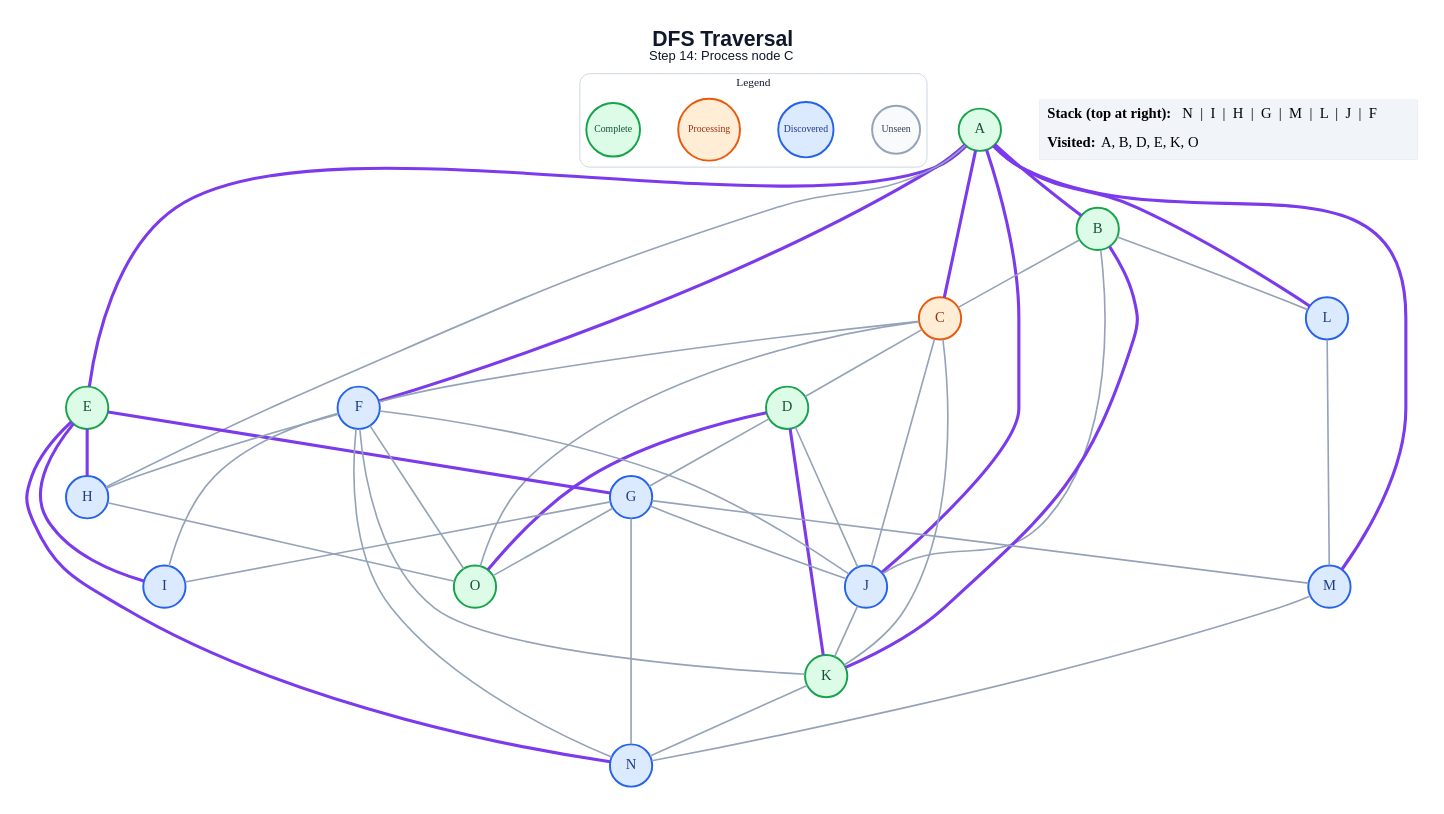
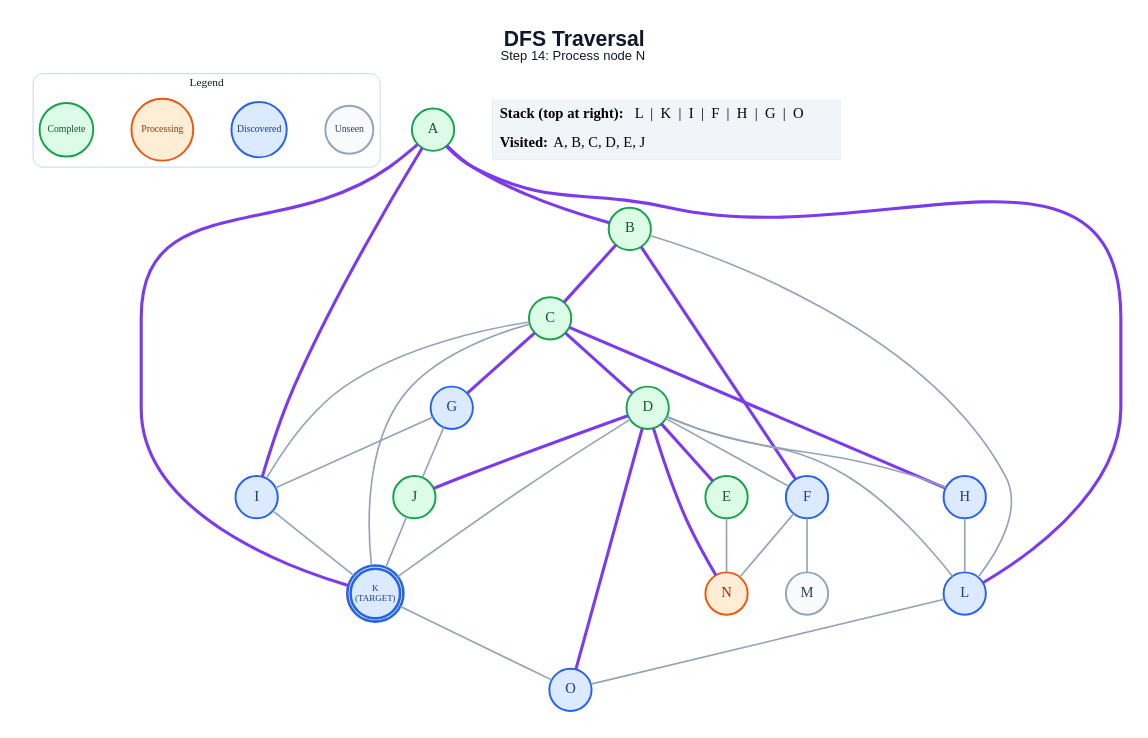
The diagram in generated/specific-node/dfs/step_14.dot (anon7238593-create/ai-slop), drawn with Graphviz before and after one commit. The commit also changed 268 other files, not shown here.

```diff
--- a/generated/specific-node/dfs/step_14.dot
+++ b/generated/specific-node/dfs/step_14.dot
@@ -1,75 +1,64 @@
 graph traversal {
   graph [layout=dot, rankdir=TB, bgcolor="#FFFFFF", pad="0.35", nodesep="0.65", ranksep="0.8", fontname="Arial"];
   node [shape=circle, style="filled", fontname="Arial Bold", fontsize=18, width=0.72, fixedsize=true, penwidth=2.4];
   edge [color="#94A3B8", penwidth=2.0];
-  label=<<B>DFS Traversal</B><BR/><FONT POINT-SIZE="16">Step 14: Process node C</FONT>>; labelloc="t"; fontsize=26; fontname="Arial"; fontcolor="#0F172A";
+  label=<<B>DFS Traversal</B><BR/><FONT POINT-SIZE="16">Step 14: Process node N</FONT>>; labelloc="t"; fontsize=26; fontname="Arial"; fontcolor="#0F172A";
   subgraph cluster_legend { label="Legend"; color="#CBD5E1"; penwidth=1.2; style="rounded"; fontsize=14; fontname="Arial Bold";
     key_unseen [label="Unseen", fillcolor="#F8FAFC", color="#94A3B8", fontcolor="#334155", fontsize=12, width=0.82];
     key_frontier [label="Discovered", fillcolor="#DBEAFE", color="#2563EB", fontcolor="#1E3A8A", fontsize=12, width=0.95];
     key_current [label="Processing", fillcolor="#FFEDD5", color="#EA580C", fontcolor="#9A3412", fontsize=12, width=1.05];
     key_done [label="Complete", fillcolor="#DCFCE7", color="#16A34A", fontcolor="#14532D", fontsize=12, width=0.92];
     { rank=same; key_unseen; key_frontier; key_current; key_done; }
   }
-  A [fillcolor="#DCFCE7", color="#16A34A", fontcolor="#14532D"];
-  B [fillcolor="#DCFCE7", color="#16A34A", fontcolor="#14532D"];
-  C [fillcolor="#FFEDD5", color="#EA580C", fontcolor="#9A3412"];
-  D [fillcolor="#DCFCE7", color="#16A34A", fontcolor="#14532D"];
-  E [fillcolor="#DCFCE7", color="#16A34A", fontcolor="#14532D"];
-  F [fillcolor="#DBEAFE", color="#2563EB", fontcolor="#1E3A8A"];
-  G [fillcolor="#DBEAFE", color="#2563EB", fontcolor="#1E3A8A"];
-  H [fillcolor="#DBEAFE", color="#2563EB", fontcolor="#1E3A8A"];
-  I [fillcolor="#DBEAFE", color="#2563EB", fontcolor="#1E3A8A"];
-  J [fillcolor="#DBEAFE", color="#2563EB", fontcolor="#1E3A8A"];
-  K [fillcolor="#DCFCE7", color="#16A34A", fontcolor="#14532D"];
-  L [fillcolor="#DBEAFE", color="#2563EB", fontcolor="#1E3A8A"];
-  M [fillcolor="#DBEAFE", color="#2563EB", fontcolor="#1E3A8A"];
-  N [fillcolor="#DBEAFE", color="#2563EB", fontcolor="#1E3A8A"];
-  O [fillcolor="#DCFCE7", color="#16A34A", fontcolor="#14532D"];
+  A [label="A", fillcolor="#DCFCE7", color="#16A34A", fontcolor="#14532D", peripheries=1, penwidth=2.4];
+  B [label="B", fillcolor="#DCFCE7", color="#16A34A", fontcolor="#14532D", peripheries=1, penwidth=2.4];
+  C [label="C", fillcolor="#DCFCE7", color="#16A34A", fontcolor="#14532D", peripheries=1, penwidth=2.4];
+  D [label="D", fillcolor="#DCFCE7", color="#16A34A", fontcolor="#14532D", peripheries=1, penwidth=2.4];
+  E [label="E", fillcolor="#DCFCE7", color="#16A34A", fontcolor="#14532D", peripheries=1, penwidth=2.4];
+  F [label="F", fillcolor="#DBEAFE", color="#2563EB", fontcolor="#1E3A8A", peripheries=1, penwidth=2.4];
+  G [label="G", fillcolor="#DBEAFE", color="#2563EB", fontcolor="#1E3A8A", peripheries=1, penwidth=2.4];
+  H [label="H", fillcolor="#DBEAFE", color="#2563EB", fontcolor="#1E3A8A", peripheries=1, penwidth=2.4];
+  I [label="I", fillcolor="#DBEAFE", color="#2563EB", fontcolor="#1E3A8A", peripheries=1, penwidth=2.4];
+  J [label="J", fillcolor="#DCFCE7", color="#16A34A", fontcolor="#14532D", peripheries=1, penwidth=2.4];
+  K [label="K\n(TARGET)", fillcolor="#DBEAFE", color="#2563EB", fontcolor="#1E3A8A", peripheries=2, penwidth=3.2, fontsize=11, width=0.85, height=0.85];
+  L [label="L", fillcolor="#DBEAFE", color="#2563EB", fontcolor="#1E3A8A", peripheries=1, penwidth=2.4];
+  M [label="M", fillcolor="#F8FAFC", color="#94A3B8", fontcolor="#334155", peripheries=1, penwidth=2.4];
+  N [label="N", fillcolor="#FFEDD5", color="#EA580C", fontcolor="#9A3412", peripheries=1, penwidth=2.4];
+  O [label="O", fillcolor="#DBEAFE", color="#2563EB", fontcolor="#1E3A8A", peripheries=1, penwidth=2.4];
   A -- B [color="#7C3AED", penwidth=3.8];
-  A -- C [color="#7C3AED", penwidth=3.8];
-  A -- E [color="#7C3AED", penwidth=3.8];
-  A -- F [color="#7C3AED", penwidth=3.8];
-  A -- H;
-  A -- J [color="#7C3AED", penwidth=3.8];
+  A -- I [color="#7C3AED", penwidth=3.8];
+  A -- K [color="#7C3AED", penwidth=3.8];
   A -- L [color="#7C3AED", penwidth=3.8];
-  A -- M [color="#7C3AED", penwidth=3.8];
-  B -- C;
-  B -- J;
-  B -- K [color="#7C3AED", penwidth=3.8];
+  B -- C [color="#7C3AED", penwidth=3.8];
+  B -- F [color="#7C3AED", penwidth=3.8];
   B -- L;
-  C -- D;
-  C -- F;
-  C -- J;
+  C -- D [color="#7C3AED", penwidth=3.8];
+  C -- G [color="#7C3AED", penwidth=3.8];
+  C -- H [color="#7C3AED", penwidth=3.8];
+  C -- I;
   C -- K;
-  C -- O;
-  D -- G;
-  D -- J;
-  D -- K [color="#7C3AED", penwidth=3.8];
+  D -- E [color="#7C3AED", penwidth=3.8];
+  D -- F;
+  D -- H;
+  D -- J [color="#7C3AED", penwidth=3.8];
+  D -- K;
+  D -- L;
+  D -- N [color="#7C3AED", penwidth=3.8];
   D -- O [color="#7C3AED", penwidth=3.8];
-  E -- G [color="#7C3AED", penwidth=3.8];
-  E -- H [color="#7C3AED", penwidth=3.8];
-  E -- I [color="#7C3AED", penwidth=3.8];
-  E -- N [color="#7C3AED", penwidth=3.8];
-  F -- H;
-  F -- I;
-  F -- J;
-  F -- K;
+  E -- N;
+  F -- M;
   F -- N;
-  F -- O;
   G -- I;
   G -- J;
-  G -- M;
-  G -- N;
-  G -- O;
-  H -- O;
+  H -- L;
+  I -- K;
   J -- K;
-  K -- N;
-  L -- M;
-  M -- N;
+  K -- O;
+  L -- O;
   status [shape=plain, fixedsize=false, width=0, height=0, margin=0, label=<
     <TABLE BORDER="0" CELLBORDER="0" CELLPADDING="7" BGCOLOR="#F1F5F9">
-      <TR><TD ALIGN="LEFT"><B>Stack (top at right):</B> N  |  I  |  H  |  G  |  M  |  L  |  J  |  F</TD></TR>
-      <TR><TD ALIGN="LEFT"><B>Visited:</B> A, B, D, E, K, O</TD></TR>
+      <TR><TD ALIGN="LEFT"><B>Stack (top at right):</B> L  |  K  |  I  |  F  |  H  |  G  |  O</TD></TR>
+      <TR><TD ALIGN="LEFT"><B>Visited:</B> A, B, C, D, E, J</TD></TR>
     </TABLE>
   >];
 }
```
